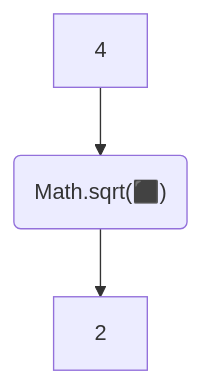
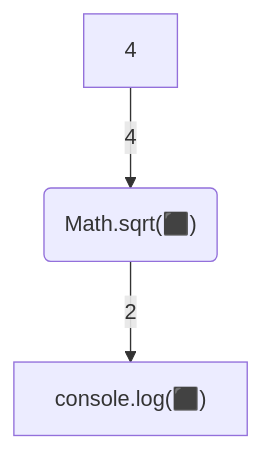
The diagram in Вирази - виклик функцій з одним аргументом.md (EugeneLoy/javascript-handbook), drawn with Mermaid before and after one commit. The commit also changed 3 other files, not shown here.

Commit message:
updated charts

````diff
--- a/Вирази - виклик функцій з одним аргументом.md
+++ b/Вирази - виклик функцій з одним аргументом.md
@@ -21,10 +21,10 @@
 ```mermaid
 flowchart TD
     V1[4]
 
-    O1("Math.sqrt(⬛)")
-    R1[2]
+    E1("Math.sqrt(⬛)")
+    E2["console.log(⬛)"]
 
-    V1 --> O1
-    O1 --> R1
+    V1 -->|4| E1
+    E1 -->|2| E2
 ```
````
